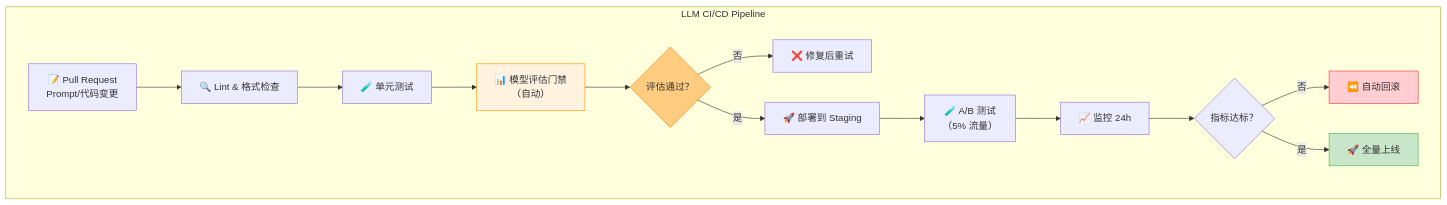
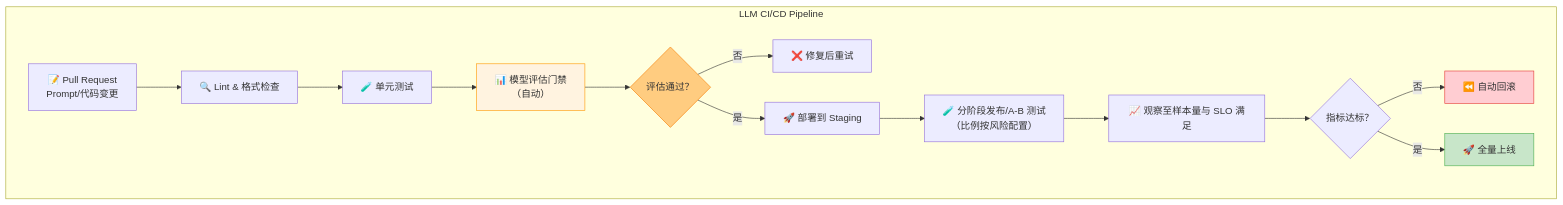
The eighth of 11 diagrams in 20_LLMOps与模型可观测性.md (BeefWrap4/LLM-Knowledge-Base), drawn with Mermaid before and after one commit. The commit also changed other lines of this file and 454 other files, not shown here.

````diff
--- a/20_LLMOps与模型可观测性.md
+++ b/20_LLMOps与模型可观测性.md
@@ -2141,21 +1788,21 @@
 ```mermaid
 graph TD
     subgraph "LLM CI/CD Pipeline"
         PR["📝 Pull Request<br/>Prompt/代码变更"] --> LINT["🔍 Lint & 格式检查"]
         LINT --> UNIT["🧪 单元测试"]
         UNIT --> EVAL["📊 模型评估门禁<br/>（自动）"]
         EVAL --> CHECK{"评估通过？"}
         CHECK -->|否| FIX["❌ 修复后重试"]
         CHECK -->|是| STAGE["🚀 部署到 Staging"]
-        STAGE --> AB["🧪 A/B 测试<br/>（5% 流量）"]
-        AB --> MONITOR["📈 监控 24h"]
+        STAGE --> AB["🧪 分阶段发布/A-B 测试<br/>（比例按风险配置）"]
+        AB --> MONITOR["📈 观察至样本量与 SLO 满足"]
         MONITOR --> DECIDE{"指标达标？"}
         DECIDE -->|否| ROLLBACK["⏪ 自动回滚"]
         DECIDE -->|是| PROMOTE["🚀 全量上线"]
     end
     
     style EVAL fill:#fff3e0,stroke:#ff9800
     style CHECK fill:#ffcc80,stroke:#f57c00
     style PROMOTE fill:#c8e6c9,stroke:#4caf50
     style ROLLBACK fill:#ffcdd2,stroke:#e53935
 ```
````
